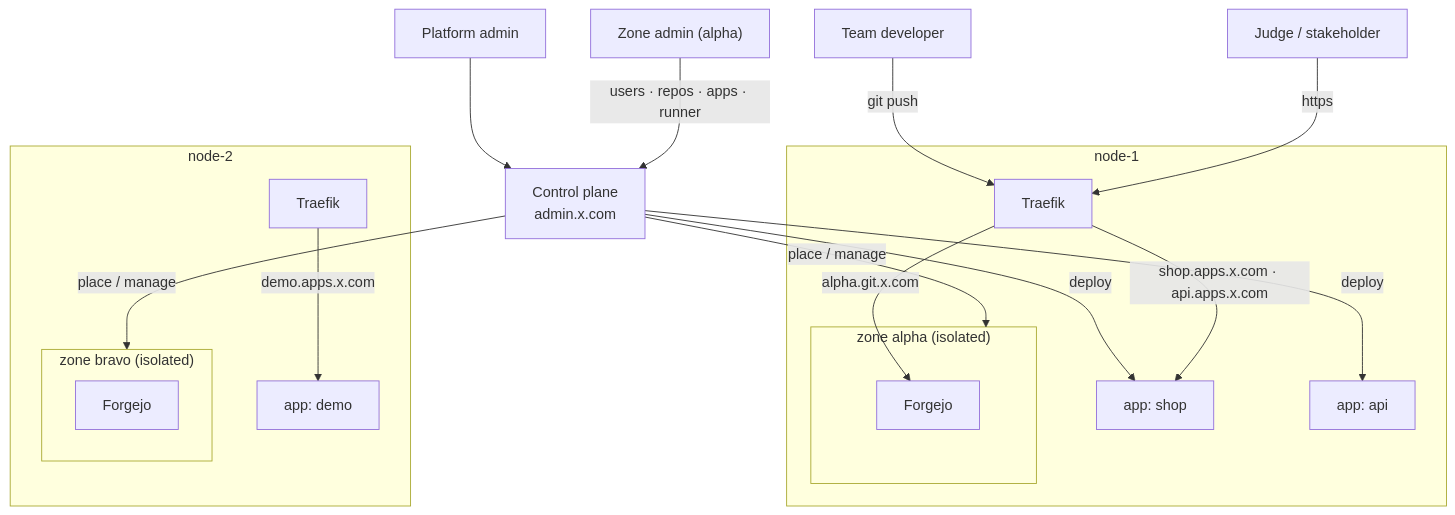
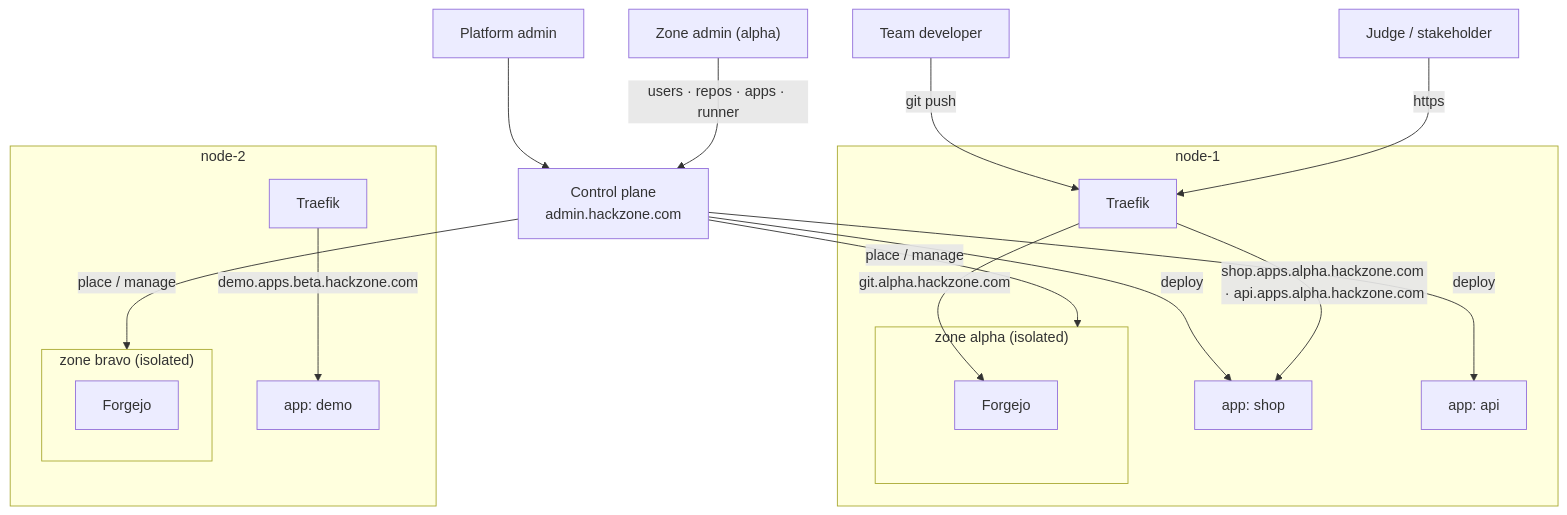
One commit to johnjoeallen/ignition changed the diagram in docs/index.md. Above: the diagram before and after it, drawn with Mermaid. The commit also changed other lines of this file and 19 other files, not shown here.

````diff
--- a/docs/index.md
+++ b/docs/index.md
@@ -36,32 +42,32 @@
 ```mermaid
 flowchart TB
     pa["Platform admin"] --> cp
-    cp["Control plane<br/>admin.x.com"]
+    cp["Control plane<br/>admin.hackzone.com"]
 
     subgraph node1["node-1"]
         traefik1["Traefik"]
         subgraph zA["zone alpha  (isolated)"]
             fa["Forgejo"]
         end
         appA1["app: shop"]
         appA2["app: api"]
     end
     subgraph node2["node-2"]
         traefik2["Traefik"]
         subgraph zB["zone bravo  (isolated)"]
             fb["Forgejo"]
         end
         appB["app: demo"]
     end
 
     cp -->|place / manage| zA
     cp -->|place / manage| zB
     cp -->|deploy| appA1
     cp -->|deploy| appA2
     za["Zone admin (alpha)"] -->|"users · repos · apps · runner"| cp
     dev["Team developer"] -->|git push| traefik1
-    traefik1 -->|"alpha.git.x.com"| fa
-    traefik1 -->|"shop.apps.x.com · api.apps.x.com"| appA1
-    traefik2 -->|"demo.apps.x.com"| appB
+    traefik1 -->|"git.alpha.hackzone.com"| fa
+    traefik1 -->|"shop.apps.alpha.hackzone.com · api.apps.alpha.hackzone.com"| appA1
+    traefik2 -->|"demo.apps.beta.hackzone.com"| appB
     visitor["Judge / stakeholder"] -->|https| traefik1
 ```
````
